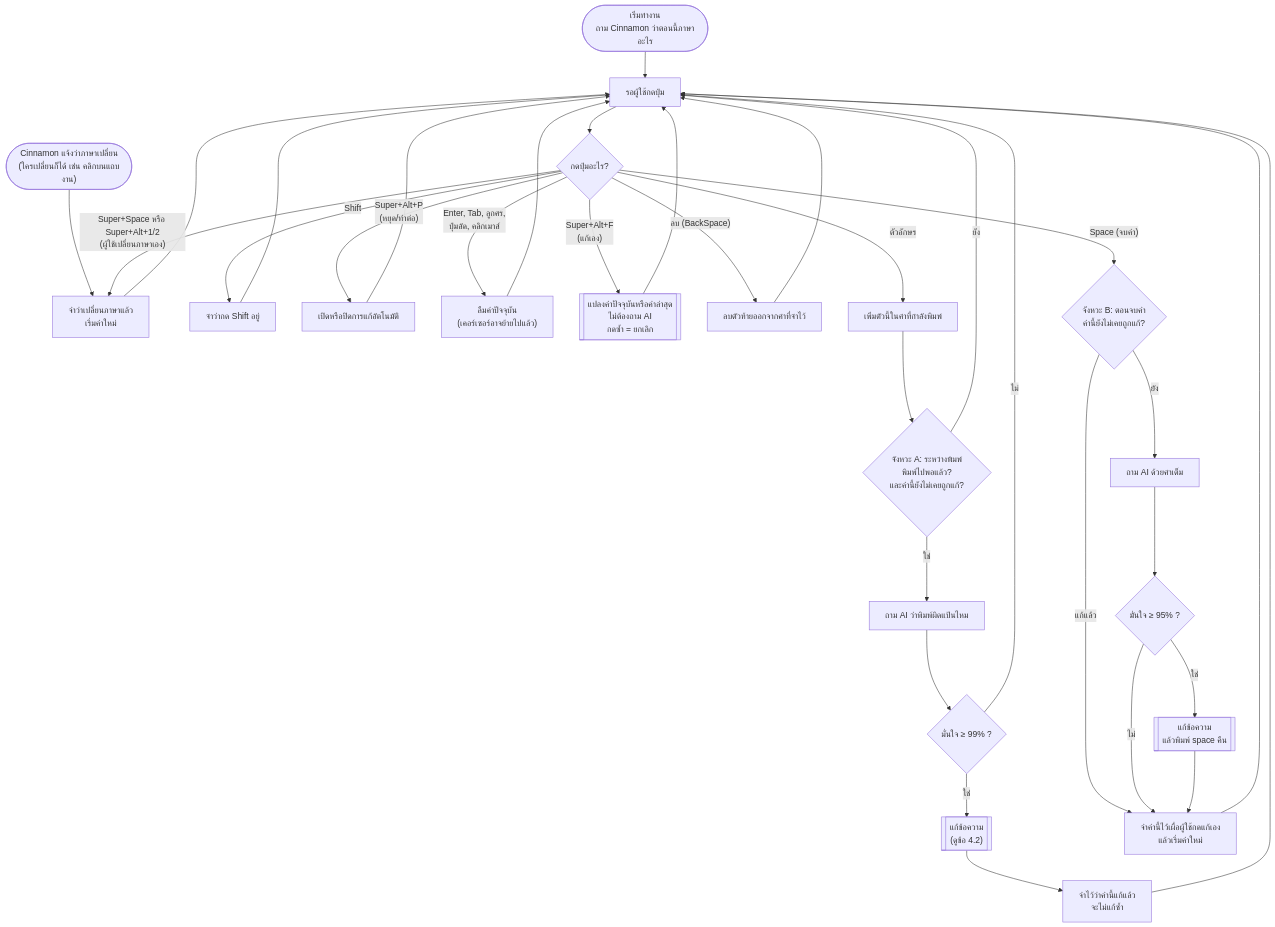
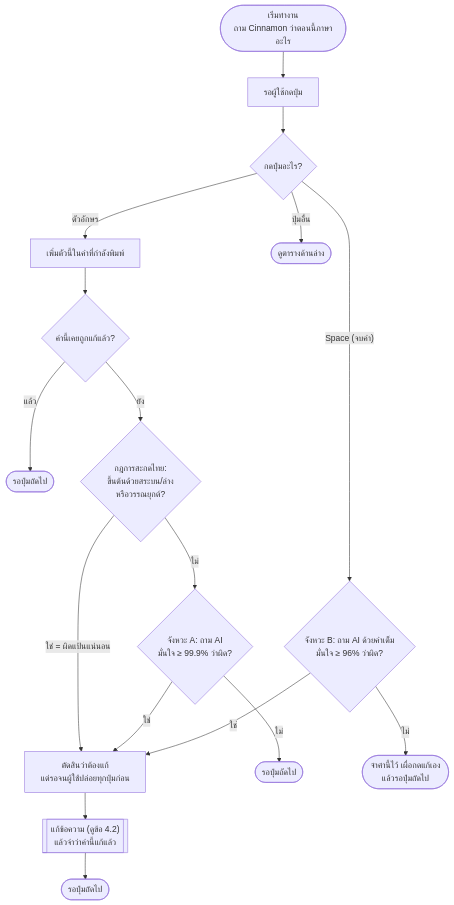
One commit to Mhapong/LuemPreanParSar changed the fourth of 5 diagrams in docs/FLOW.md. Above: the diagram before and after it, drawn with Mermaid. The commit also changed other lines of this file and 17 other files, not shown here.

First line of the commit message:
Add report figures and refresh diagrams for the current daemon

````diff
--- a/docs/FLOW.md
+++ b/docs/FLOW.md
@@ -144,29 +144,23 @@
 ```mermaid
 flowchart TD
-    START(["เริ่มทำงาน<br/>ถาม Cinnamon ว่าตอนนี้ภาษาอะไร"]) --> EV
-    DB(["Cinnamon แจ้งว่าภาษาเปลี่ยน<br/>(ใครเปลี่ยนก็ได้ เช่น คลิกบนแถบงาน)"]) --> TG
+    START(["เริ่มทำงาน<br/>ถาม Cinnamon ว่าตอนนี้ภาษาอะไร"]) --> EV["รอผู้ใช้กดปุ่ม"]
+    EV --> K{"กดปุ่มอะไร?"}
 
-    EV["รอผู้ใช้กดปุ่ม"] --> K{"กดปุ่มอะไร?"}
+    K -- "ตัวอักษร" --> AP["เพิ่มตัวนี้ในคำที่กำลังพิมพ์"]
+    AP --> DONE{"คำนี้เคยถูกแก้แล้ว?"}
+    DONE -- "แล้ว" --> W1(["รอปุ่มถัดไป"])
+    DONE -- "ยัง" --> RULE{"กฎการสะกดไทย:<br/>ขึ้นต้นด้วยสระบน/ล่าง<br/>หรือวรรณยุกต์?"}
+    RULE -- "ใช่ = ผิดแป้นแน่นอน" --> PEND
+    RULE -- "ไม่" --> A{"จังหวะ A: ถาม AI<br/>มั่นใจ ≥ 99.9% ว่าผิด?"}
+    A -- "ไม่" --> W2(["รอปุ่มถัดไป"])
+    A -- "ใช่" --> PEND
 
-    K -- "Shift" --> SH["จำว่ากด Shift อยู่"] --> EV
-    K -- "Super+Space หรือ Super+Alt+1/2<br/>(ผู้ใช้เปลี่ยนภาษาเอง)" --> TG["จำว่าเปลี่ยนภาษาแล้ว<br/>เริ่มคำใหม่"] --> EV
-    K -- "Super+Alt+P<br/>(หยุด/ทำต่อ)" --> EN["เปิดหรือปิดการแก้อัตโนมัติ"] --> EV
-    K -- "Enter, Tab, ลูกศร,<br/>ปุ่มลัด, คลิกเมาส์" --> CL["ลืมคำปัจจุบัน<br/>(เคอร์เซอร์อาจย้ายไปแล้ว)"] --> EV
-    K -- "Super+Alt+F<br/>(แก้เอง)" --> MAN[["แปลงคำปัจจุบันหรือคำล่าสุด<br/>ไม่ต้องถาม AI<br/>กดซ้ำ = ยกเลิก"]] --> EV
-    K -- "ลบ (BackSpace)" --> BS["ลบตัวท้ายออกจากคำที่จำไว้"] --> EV
-    K -- "ตัวอักษร" --> AP["เพิ่มตัวนี้ในคำที่กำลังพิมพ์"]
+    K -- "Space (จบคำ)" --> B{"จังหวะ B: ถาม AI ด้วยคำเต็ม<br/>มั่นใจ ≥ 96% ว่าผิด?"}
+    B -- "ไม่" --> W3(["จำคำนี้ไว้ เผื่อกดแก้เอง<br/>แล้วรอปุ่มถัดไป"])
+    B -- "ใช่" --> PEND
 
-    AP --> CHK{"จังหวะ A: ระหว่างพิมพ์<br/>พิมพ์ไปพอแล้ว?<br/>และคำนี้ยังไม่เคยถูกแก้?"}
-    CHK -- "ยัง" --> EV
-    CHK -- "ใช่" --> PRED["ถาม AI ว่าพิมพ์ผิดแป้นไหม"]
-    PRED --> DEC{"มั่นใจ ≥ 99% ?"}
-    DEC -- "ไม่" --> EV
-    DEC -- "ใช่" --> FIX[["แก้ข้อความ<br/>(ดูข้อ 4.2)"]] --> MARK["จำไว้ว่าคำนี้แก้แล้ว<br/>จะไม่แก้ซ้ำ"] --> EV
+    K -- "ปุ่มอื่น" --> OT(["ดูตารางด้านล่าง"])
 
-    K -- "Space (จบคำ)" --> CHK2{"จังหวะ B: ตอนจบคำ<br/>คำนี้ยังไม่เคยถูกแก้?"}
-    CHK2 -- "แก้แล้ว" --> KEEP
-    CHK2 -- "ยัง" --> PRED2["ถาม AI ด้วยคำเต็ม"]
-    PRED2 --> DEC2{"มั่นใจ ≥ 95% ?"}
-    DEC2 -- "ไม่" --> KEEP["จำคำนี้ไว้เผื่อผู้ใช้กดแก้เอง<br/>แล้วเริ่มคำใหม่"] --> EV
-    DEC2 -- "ใช่" --> FIX2[["แก้ข้อความ<br/>แล้วพิมพ์ space คืน"]] --> KEEP
+    PEND["ตัดสินว่าต้องแก้<br/>แต่รอจนผู้ใช้ปล่อยทุกปุ่มก่อน"] --> FIX[["แก้ข้อความ (ดูข้อ 4.2)<br/>แล้วจำว่าคำนี้แก้แล้ว"]]
+    FIX --> W4(["รอปุ่มถัดไป"])
 ```
````
